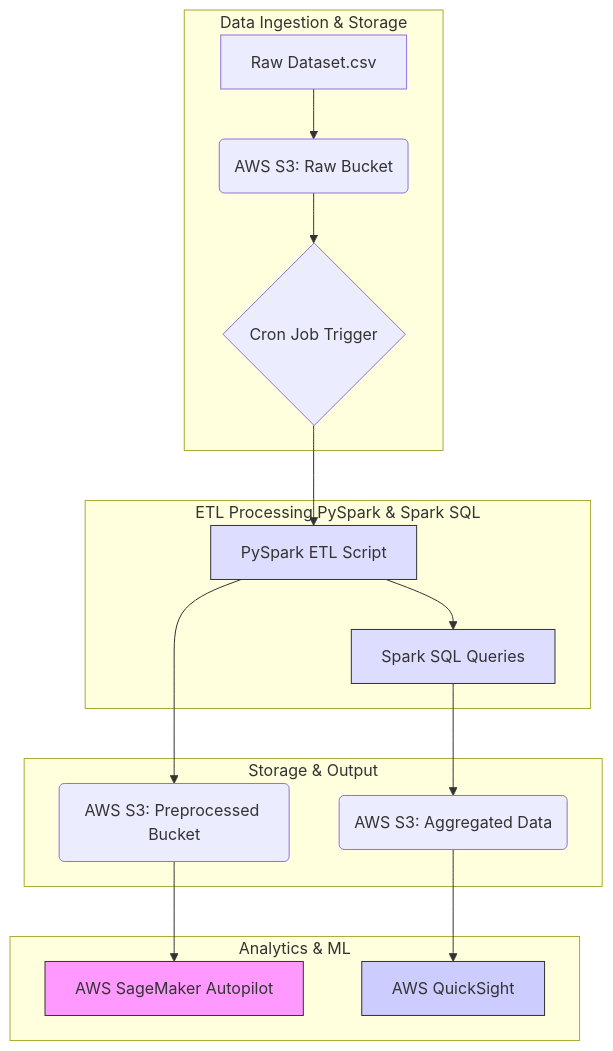
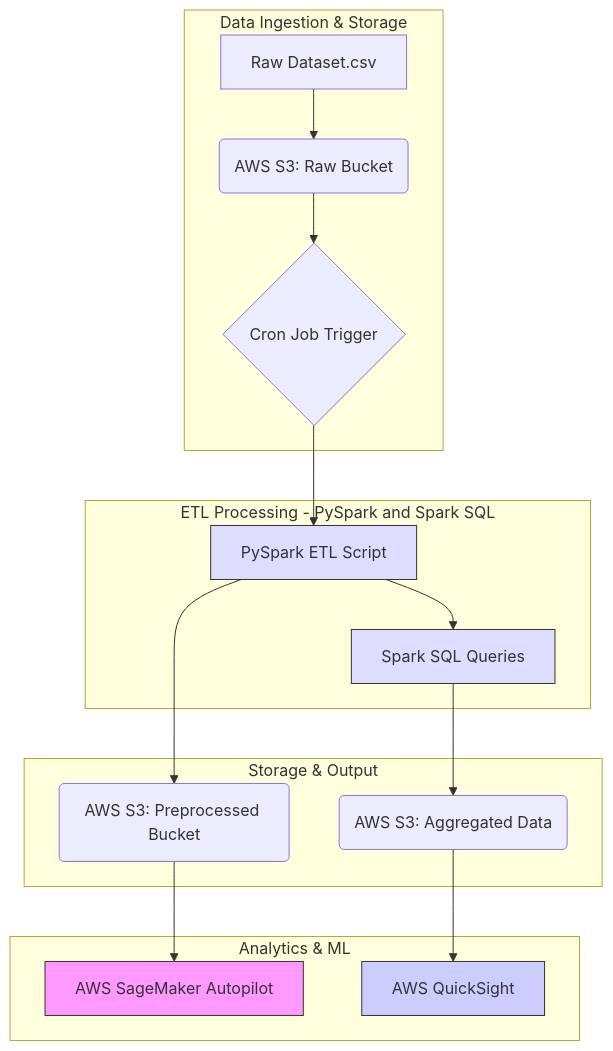
The diagram in README.md (Alvan-Dmello/AWS-Retail-Analytics-Pipeline), drawn with Mermaid before and after one commit.

````diff
--- a/README.md
+++ b/README.md
@@ -21,27 +21,27 @@
 ```mermaid
 graph TD
     subgraph Data Ingestion & Storage
         A[Raw Dataset.csv] --> B(AWS S3: Raw Bucket);
         B --> C{Cron Job Trigger};
     end
 
-    subgraph ETL Processing PySpark & Spark SQL
+    subgraph ETL Processing - PySpark and Spark SQL
         C --> D[PySpark ETL Script];
         D --> E[Spark SQL Queries];
     end
 
     subgraph Storage & Output
         D --> F(AWS S3: Preprocessed Bucket);
         E --> G(AWS S3: Aggregated Data);
     end
 
     subgraph Analytics & ML
         F --> H[AWS SageMaker Autopilot];
         G --> I[AWS QuickSight];
     end
 
     style D fill:#ddf,stroke:#333;
     style E fill:#ddf,stroke:#333;
     style H fill:#f9f,stroke:#333;
     style I fill:#ccf,stroke:#333;
 ```
````
